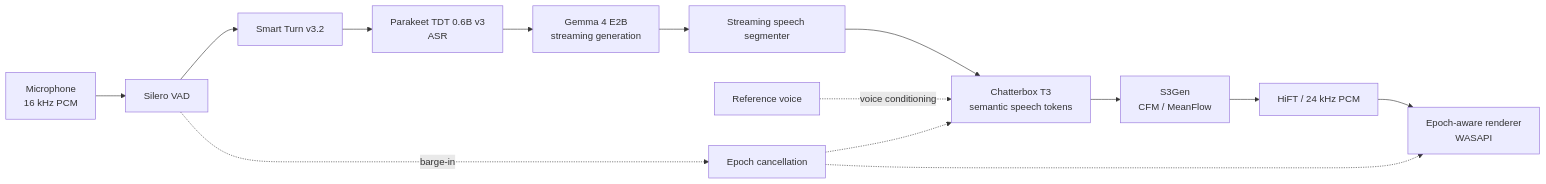
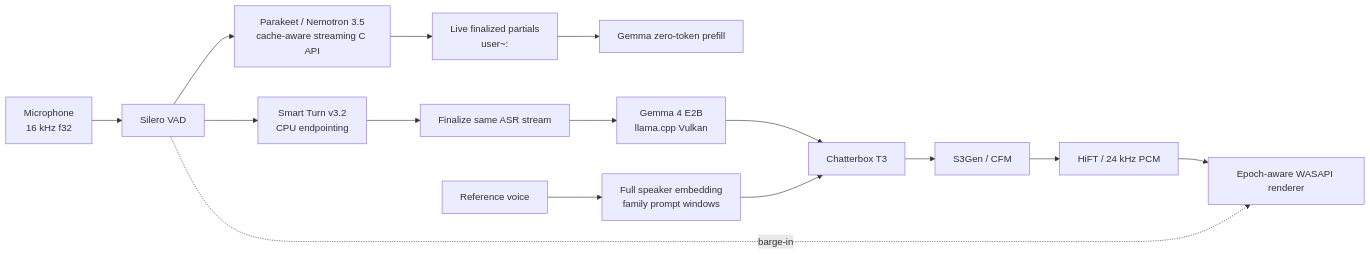
Before and after one commit to wgabrys88/Trident: the diagram in README.md, drawn with Mermaid. The commit also changed other lines of this file and 7 other files, not shown here.

````diff
--- a/README.md
+++ b/README.md
@@ -12,17 +10,17 @@
 ```mermaid
 flowchart LR
-    MIC["Microphone<br/>16 kHz PCM"] --> VAD["Silero VAD"]
-    VAD --> TURN["Smart Turn v3.2"]
-    TURN --> ASR["Parakeet TDT 0.6B v3<br/>ASR"]
-    ASR --> LLM["Gemma 4 E2B<br/>streaming generation"]
-    LLM --> SEG["Streaming speech segmenter"]
-    SEG --> T3["Chatterbox T3<br/>semantic speech tokens"]
-    VOICE["Reference voice"] -. "voice conditioning" .-> T3
-    T3 --> S3["S3Gen<br/>CFM / MeanFlow"]
-    S3 --> PCM["HiFT / 24 kHz PCM"]
-    PCM --> PLAY["Epoch-aware renderer<br/>WASAPI"]
-
-    VAD -. "barge-in" .-> EPOCH["Epoch cancellation"]
-    EPOCH -.-> T3
-    EPOCH -.-> PLAY
+    MIC["Microphone<br/>16 kHz f32"] --> VAD["Silero VAD"]
+    VAD --> ASR["Parakeet / Nemotron 3.5<br/>cache-aware streaming C API"]
+    ASR --> PART["Live finalized partials<br/>user~:"]
+    VAD --> TURN["Smart Turn v3.2<br/>CPU endpointing"]
+    PART --> PREFILL["Gemma zero-token prefill"]
+    TURN --> FINAL["Finalize same ASR stream"]
+    FINAL --> GEMMA["Gemma 4 E2B<br/>llama.cpp Vulkan"]
+    GEMMA --> T3["Chatterbox T3"]
+    VOICE["Reference voice"] --> COND["Full speaker embedding<br/>family prompt windows"]
+    COND --> T3
+    T3 --> S3["S3Gen / CFM"]
+    S3 --> HIFT["HiFT / 24 kHz PCM"]
+    HIFT --> PLAY["Epoch-aware WASAPI renderer"]
+    VAD -. barge-in .-> PLAY
 ```
````
